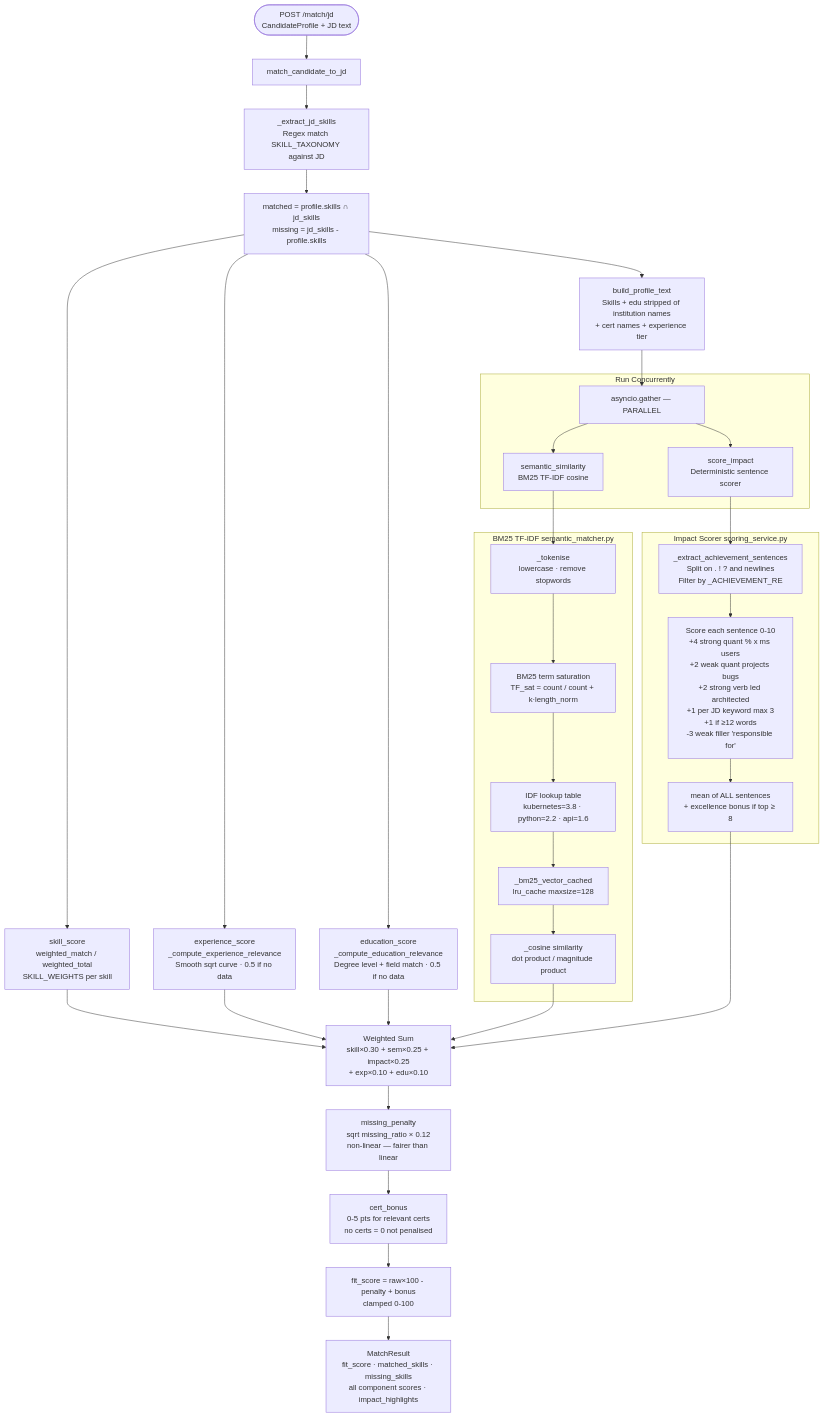
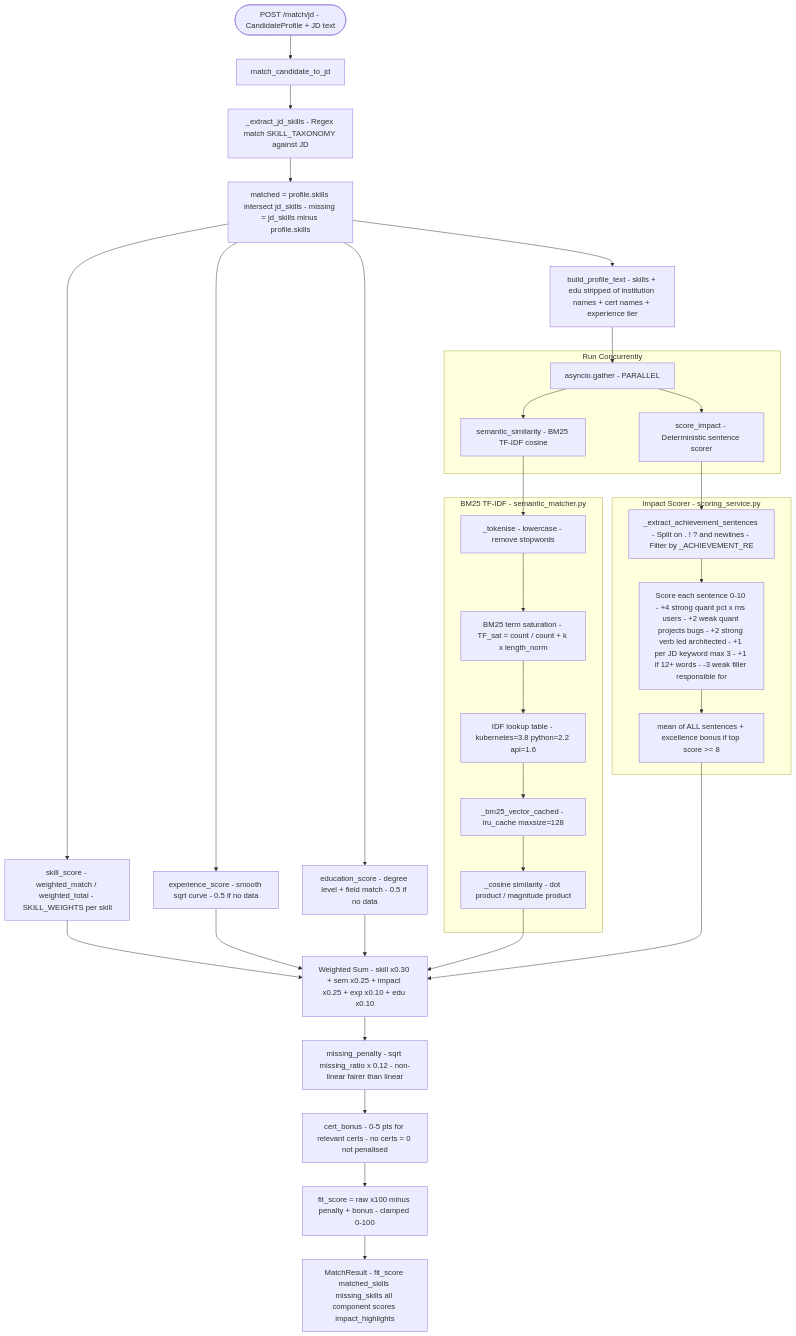
Before and after one commit to Deep841/fairhire-ai: the sixth of 12 diagrams in FLOWCHARTS.md, drawn with Mermaid. The commit also changed other lines of this file, not shown here.

Commit message:
fix: Remove all emojis and unicode from flowcharts - plain ASCII only for Mermaid compatibility

````diff
--- a/FLOWCHARTS.md
+++ b/FLOWCHARTS.md
@@ -276,48 +273,45 @@
 ```mermaid
 flowchart TD
-    A([POST /match/jd\nCandidateProfile + JD text]) --> B[match_candidate_to_jd]
+    A([POST /match/jd - CandidateProfile + JD text]) --> B[match_candidate_to_jd]
 
-    B --> C[_extract_jd_skills\nRegex match SKILL_TAXONOMY against JD]
-    C --> D[matched = profile.skills ∩ jd_skills\nmissing = jd_skills - profile.skills]
+    B --> C[_extract_jd_skills - Regex match SKILL_TAXONOMY against JD]
+    C --> D[matched = profile.skills intersect jd_skills - missing = jd_skills minus profile.skills]
 
-    D --> E[skill_score\nweighted_match / weighted_total\nSKILL_WEIGHTS per skill]
+    D --> E[skill_score - weighted_match / weighted_total - SKILL_WEIGHTS per skill]
+    D --> F[experience_score - smooth sqrt curve - 0.5 if no data]
+    D --> G[education_score - degree level + field match - 0.5 if no data]
+    D --> H[build_profile_text - skills + edu stripped of institution names + cert names + experience tier]
 
-    D --> F[experience_score\n_compute_experience_relevance\nSmooth sqrt curve · 0.5 if no data]
-
-    D --> G[education_score\n_compute_education_relevance\nDegree level + field match · 0.5 if no data]
-
-    D --> H[build_profile_text\nSkills + edu stripped of institution names\n+ cert names + experience tier]
-
-    H --> I[asyncio.gather — PARALLEL]
+    H --> I[asyncio.gather - PARALLEL]
 
     subgraph PARALLEL["Run Concurrently"]
-        I --> J[semantic_similarity\nBM25 TF-IDF cosine]
-        I --> K[score_impact\nDeterministic sentence scorer]
+        I --> J[semantic_similarity - BM25 TF-IDF cosine]
+        I --> K[score_impact - Deterministic sentence scorer]
     end
 
-    subgraph BM25["BM25 TF-IDF  semantic_matcher.py"]
-        J --> J1[_tokenise\nlowercase · remove stopwords]
-        J1 --> J2[BM25 term saturation\nTF_sat = count / count + k·length_norm]
-        J2 --> J3[IDF lookup table\nkubernetes=3.8 · python=2.2 · api=1.6]
-        J3 --> J4[_bm25_vector_cached\nlru_cache maxsize=128]
-        J4 --> J5[_cosine similarity\ndot product / magnitude product]
+    subgraph BM25["BM25 TF-IDF - semantic_matcher.py"]
+        J --> J1[_tokenise - lowercase - remove stopwords]
+        J1 --> J2[BM25 term saturation - TF_sat = count / count + k x length_norm]
+        J2 --> J3[IDF lookup table - kubernetes=3.8 python=2.2 api=1.6]
+        J3 --> J4[_bm25_vector_cached - lru_cache maxsize=128]
+        J4 --> J5[_cosine similarity - dot product / magnitude product]
     end
 
-    subgraph IMPACT["Impact Scorer  scoring_service.py"]
-        K --> K1[_extract_achievement_sentences\nSplit on . ! ? and newlines\nFilter by _ACHIEVEMENT_RE]
-        K1 --> K2[Score each sentence 0-10\n+4 strong quant % x ms users\n+2 weak quant projects bugs\n+2 strong verb led architected\n+1 per JD keyword max 3\n+1 if ≥12 words\n-3 weak filler 'responsible for']
-        K2 --> K3[mean of ALL sentences\n+ excellence bonus if top ≥ 8]
+    subgraph IMPACT["Impact Scorer - scoring_service.py"]
+        K --> K1[_extract_achievement_sentences - Split on . ! ? and newlines - Filter by _ACHIEVEMENT_RE]
+        K1 --> K2[Score each sentence 0-10 - +4 strong quant pct x ms users - +2 weak quant projects bugs - +2 strong verb led architected - +1 per JD keyword max 3 - +1 if 12+ words - -3 weak filler responsible for]
+        K2 --> K3[mean of ALL sentences + excellence bonus if top score >= 8]
     end
 
-    E --> L[Weighted Sum\nskill×0.30 + sem×0.25 + impact×0.25\n+ exp×0.10 + edu×0.10]
+    E --> L[Weighted Sum - skill x0.30 + sem x0.25 + impact x0.25 + exp x0.10 + edu x0.10]
     F --> L
     G --> L
     J5 --> L
     K3 --> L
 
-    L --> M[missing_penalty\nsqrt missing_ratio × 0.12\nnon-linear — fairer than linear]
-    M --> N[cert_bonus\n0-5 pts for relevant certs\nno certs = 0 not penalised]
-    N --> O[fit_score = raw×100 - penalty + bonus\nclamped 0-100]
+    L --> M[missing_penalty - sqrt missing_ratio x 0.12 - non-linear fairer than linear]
+    M --> N[cert_bonus - 0-5 pts for relevant certs - no certs = 0 not penalised]
+    N --> O[fit_score = raw x100 minus penalty + bonus - clamped 0-100]
 
-    O --> P[MatchResult\nfit_score · matched_skills · missing_skills\nall component scores · impact_highlights]
+    O --> P[MatchResult - fit_score matched_skills missing_skills all component scores impact_highlights]
 ```
````
